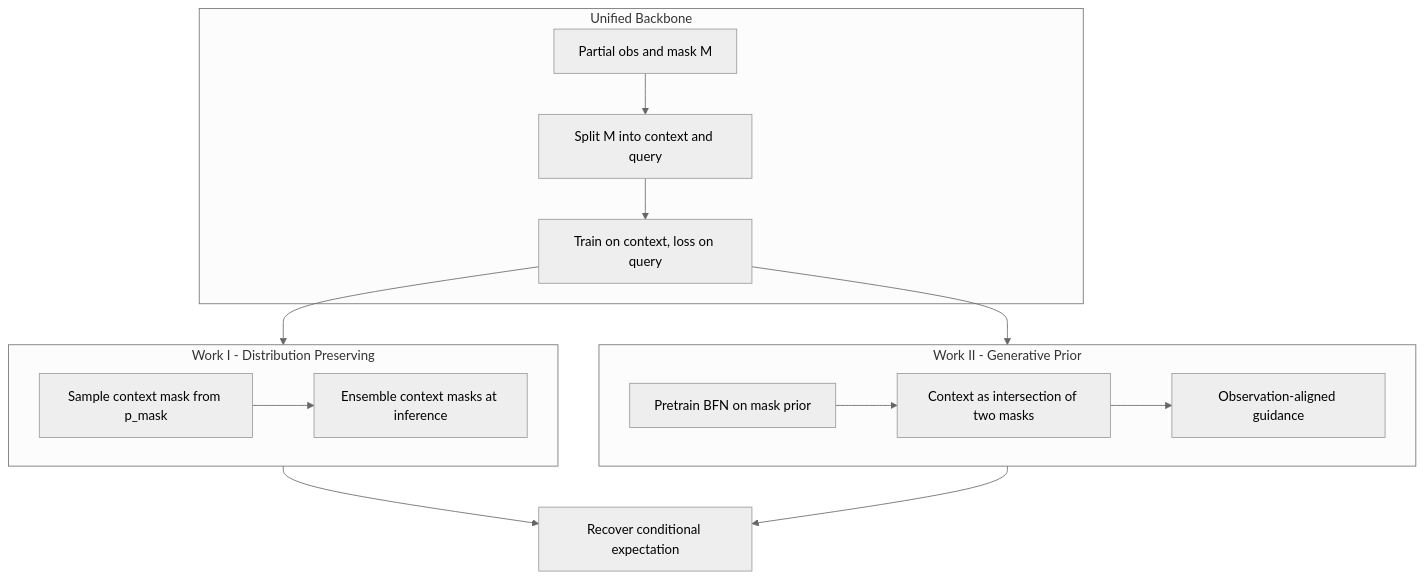
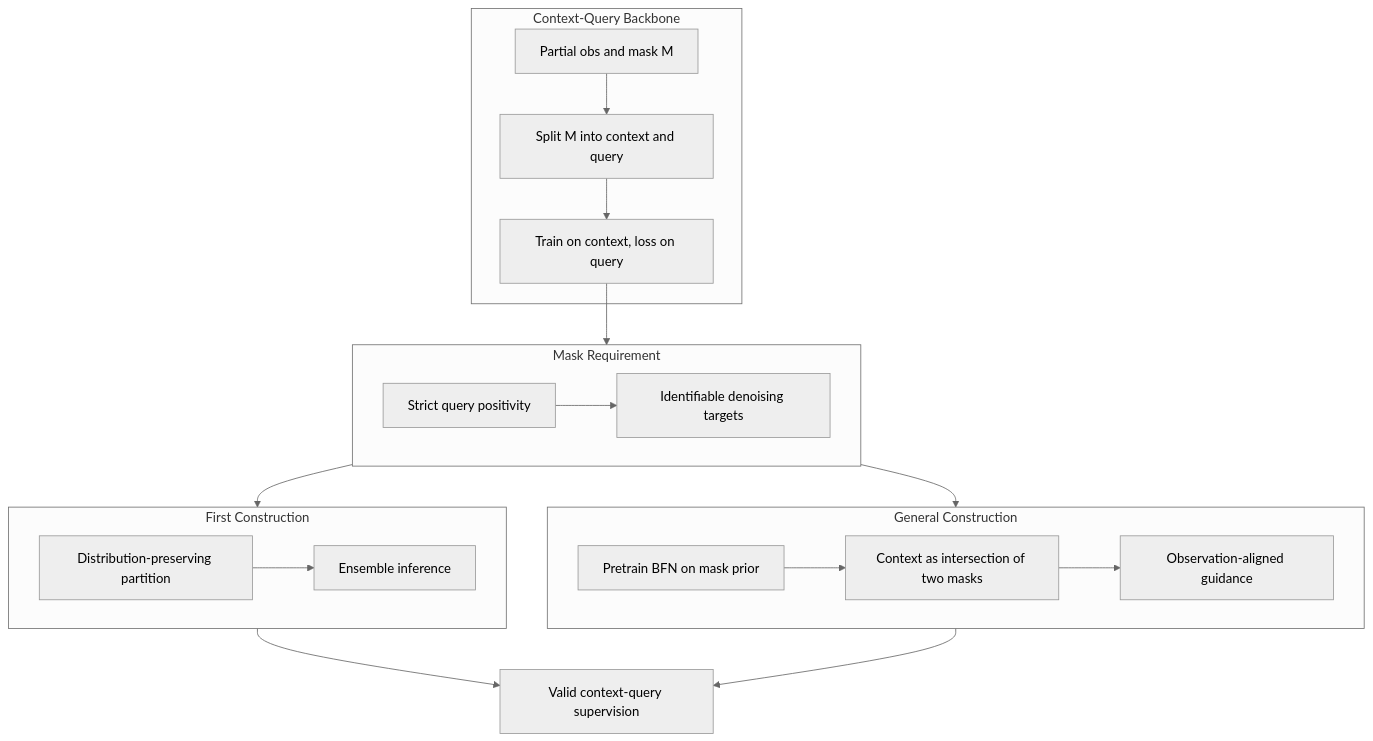
The diagram in _research/context-query-dynamics.md (zzhnomorebugs/zzhnomorebugs.github.io), drawn with Mermaid (neutral theme) before and after one commit. The commit also changed other lines of this file and 1 other file, not shown here.

```diff
--- a/_research/context-query-dynamics.md
+++ b/_research/context-query-dynamics.md
@@ -39,29 +43,36 @@
 <pre class="mermaid">
 flowchart TB
-  subgraph backbone["Unified Backbone"]
+  subgraph backbone["Context-Query Backbone"]
     obs["Partial obs and mask M"]
     split["Split M into context and query"]
     train["Train on context, loss on query"]
     obs --> split
     split --> train
   end
 
-  subgraph work1["Work I - Distribution Preserving"]
-    part1["Sample context mask from p_mask"]
-    ens["Ensemble context masks at inference"]
+  subgraph req["Mask Requirement"]
+    pos["Strict query positivity"]
+    ident["Identifiable denoising targets"]
+    pos --> ident
+  end
+
+  subgraph first["First Construction"]
+    part1["Distribution-preserving partition"]
+    ens["Ensemble inference"]
     part1 --> ens
   end
 
-  subgraph work2["Work II - Generative Prior"]
+  subgraph general["General Construction"]
     bfn["Pretrain BFN on mask prior"]
     inter["Context as intersection of two masks"]
     guide["Observation-aligned guidance"]
     bfn --> inter
     inter --> guide
   end
 
-  train --> work1
-  train --> work2
-  work1 --> output["Recover conditional expectation"]
-  work2 --> output
+  train --> req
+  req --> first
+  req --> general
+  first --> output["Valid context-query supervision"]
+  general --> output
 </pre>
```
